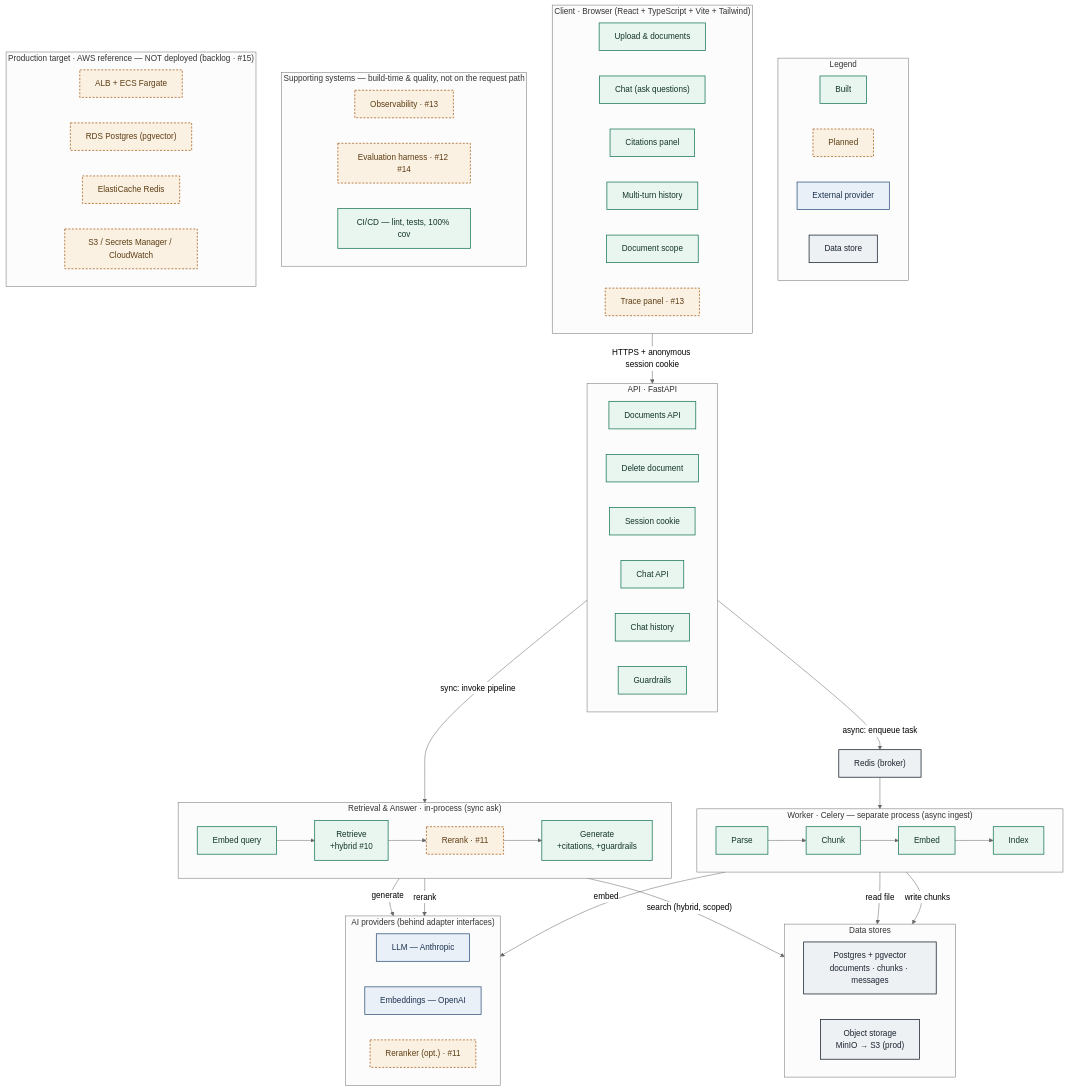
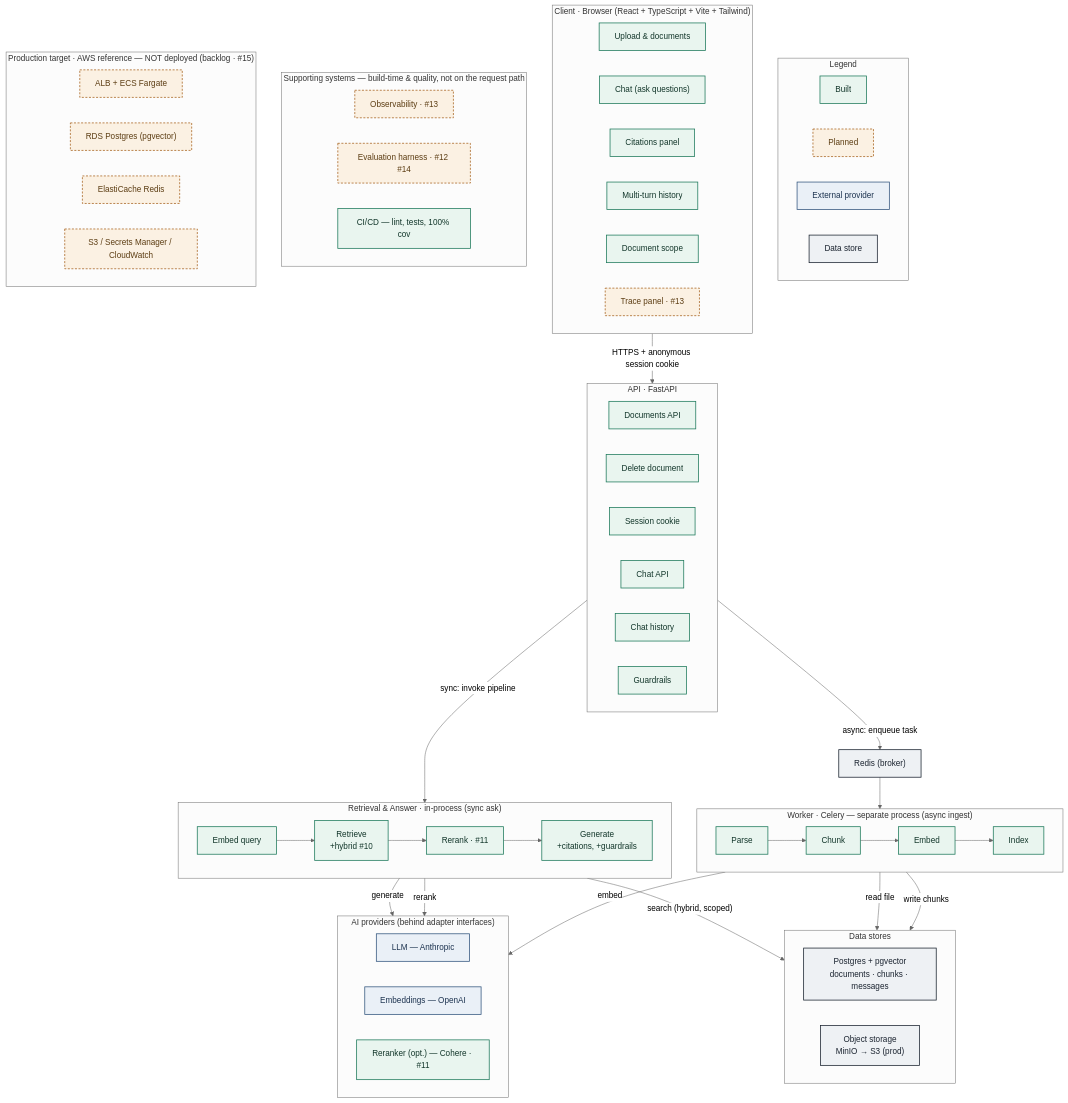
The diagram in docs/architecture.md (amiaynara/chat-with-your-docs), drawn with Mermaid (neutral theme) before and after one commit. The commit also changed other lines of this file and 17 other files, not shown here.

```diff
--- a/docs/architecture.md
+++ b/docs/architecture.md
@@ -58,7 +58,7 @@
 
     subgraph ASK["Retrieval & Answer · in-process (sync ask)"]
         direction LR
-        Q1["Embed query"]:::built --> Q2["Retrieve<br/>+hybrid #10"]:::built --> Q3["Rerank · #11"]:::planned --> Q4["Generate<br/>+citations, +guardrails"]:::built
+        Q1["Embed query"]:::built --> Q2["Retrieve<br/>+hybrid #10"]:::built --> Q3["Rerank · #11"]:::built --> Q4["Generate<br/>+citations, +guardrails"]:::built
     end
 
     subgraph DATA["Data stores"]
@@ -71,7 +71,7 @@
         direction LR
         P1["LLM — Anthropic"]:::external
         P2["Embeddings — OpenAI"]:::external
-        P3["Reranker (opt.) · #11"]:::planned
+        P3["Reranker (opt.) — Cohere · #11"]:::built
     end
 
     subgraph SUPPORT["Supporting systems — build-time & quality, not on the request path"]
```
